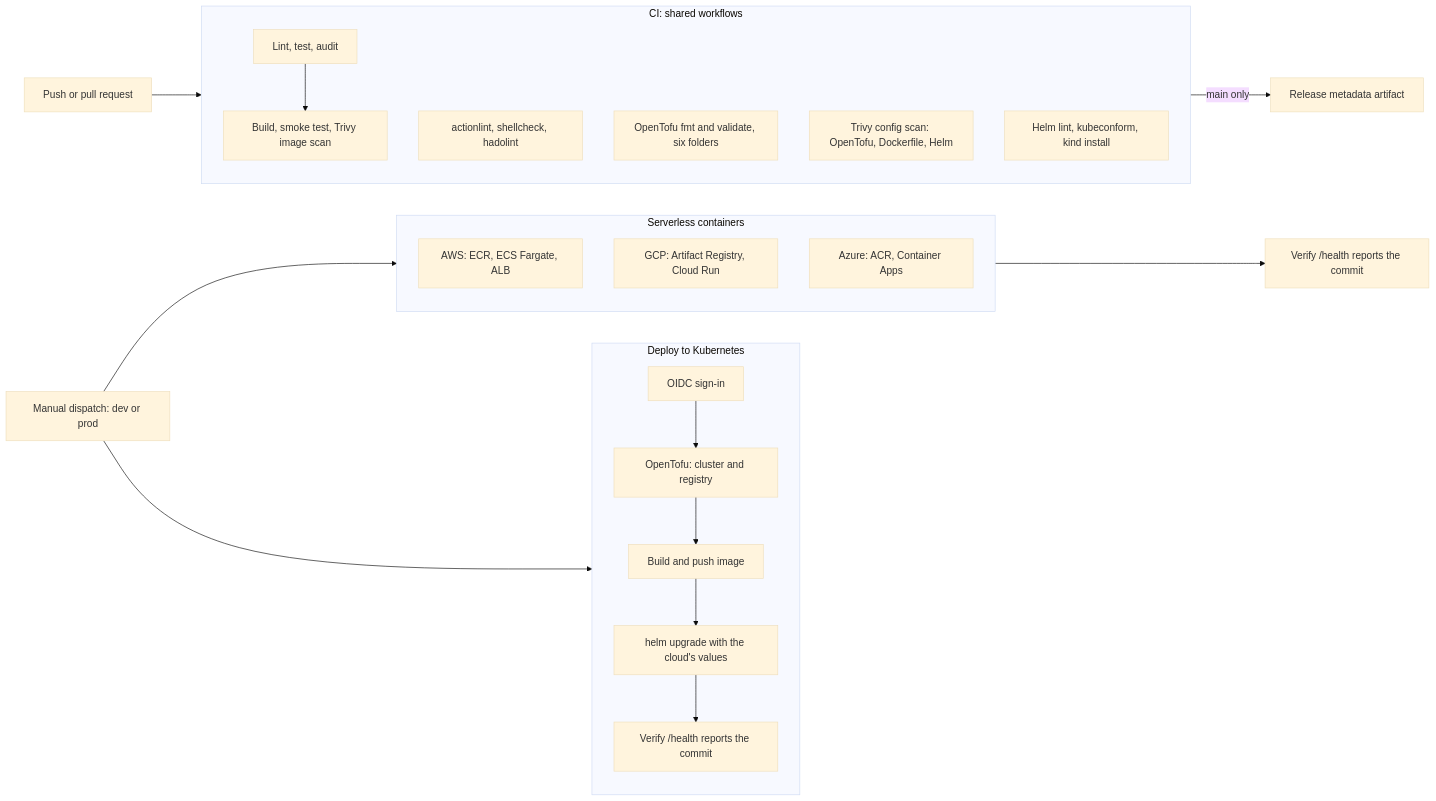
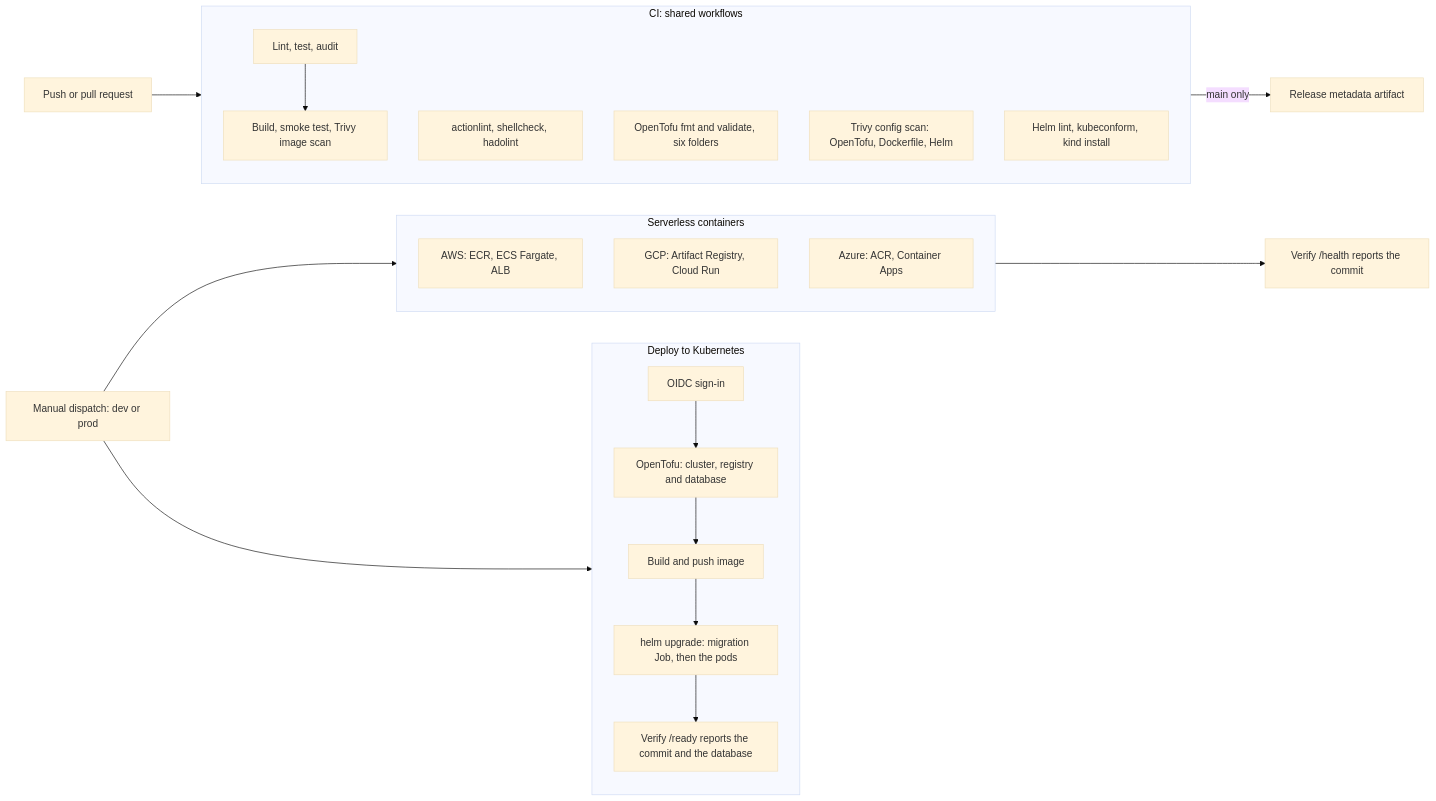
Before and after one commit to Naresh1401/enterprise-multi-cloud: the diagram in docs/architecture.md, drawn with Mermaid (base theme). The commit also changed other lines of this file and 5 other files, not shown here.

````diff
--- a/docs/architecture.md
+++ b/docs/architecture.md
@@ -11,32 +11,32 @@
 ```mermaid
 flowchart LR
   dev[Push or pull request] --> ci
 
   subgraph ci[CI: shared workflows]
     py[Lint, test, audit]
     lint[actionlint, shellcheck, hadolint]
     tofu[OpenTofu fmt and validate, six folders]
     sec[Trivy config scan: OpenTofu, Dockerfile, Helm]
     img[Build, smoke test, Trivy image scan]
     helm[Helm lint, kubeconform, kind install]
     py --> img
   end
 
   ci -->|main only| meta[Release metadata artifact]
 
   op[Manual dispatch: dev or prod] --> serverless & k8s
 
   subgraph serverless[Serverless containers]
     ecs[AWS: ECR, ECS Fargate, ALB]
     run[GCP: Artifact Registry, Cloud Run]
     aca[Azure: ACR, Container Apps]
   end
 
   subgraph k8s[Deploy to Kubernetes]
-    k1[OIDC sign-in] --> k2[OpenTofu: cluster and registry]
-    k2 --> k3[Build and push image] --> k4[helm upgrade with the cloud's values]
-    k4 --> k5[Verify /health reports the commit]
+    k1[OIDC sign-in] --> k2[OpenTofu: cluster, registry and database]
+    k2 --> k3[Build and push image] --> k4[helm upgrade: migration Job, then the pods]
+    k4 --> k5[Verify /ready reports the commit and the database]
   end
 
   serverless --> verify[Verify /health reports the commit]
 ```
````
